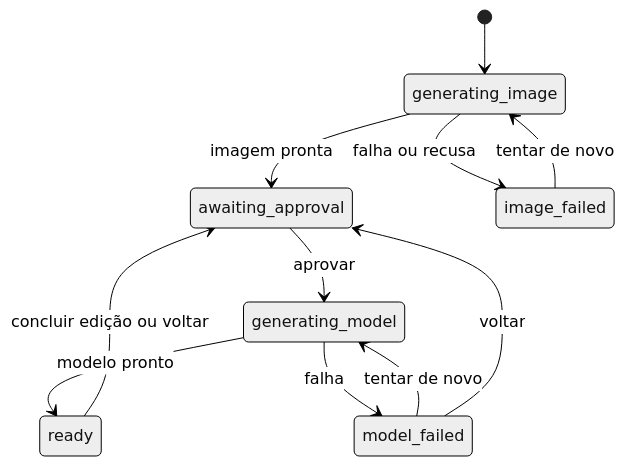
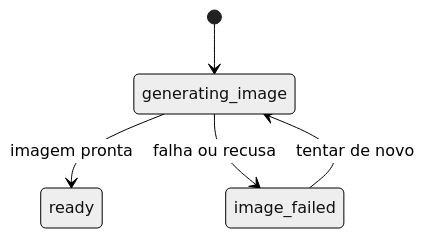
The second of 5 diagrams in docs/ARQUITETURA.md (jeference/kubo), drawn with Mermaid (neutral theme) before and after one commit. The commit also changed other lines of this file and 57 other files, not shown here.

````diff
--- a/docs/ARQUITETURA.md
+++ b/docs/ARQUITETURA.md
@@ -280,13 +276,7 @@
 ```mermaid
 stateDiagram-v2
     [*] --> generating_image
-    generating_image --> awaiting_approval: imagem pronta
+    generating_image --> ready: imagem pronta
     generating_image --> image_failed: falha ou recusa
     image_failed --> generating_image: tentar de novo
-    awaiting_approval --> generating_model: aprovar
-    generating_model --> ready: modelo pronto
-    generating_model --> model_failed: falha
-    model_failed --> generating_model: tentar de novo
-    model_failed --> awaiting_approval: voltar
-    ready --> awaiting_approval: concluir edição ou voltar
 ```
````
